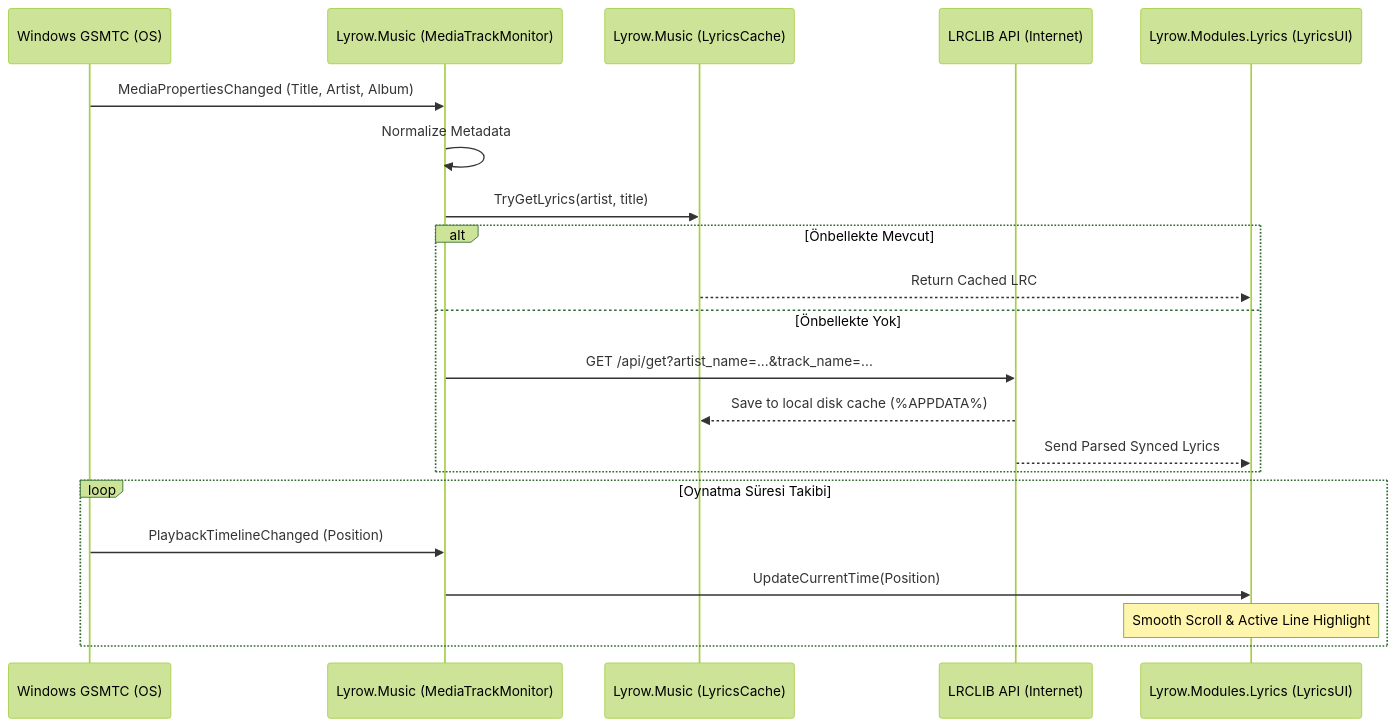
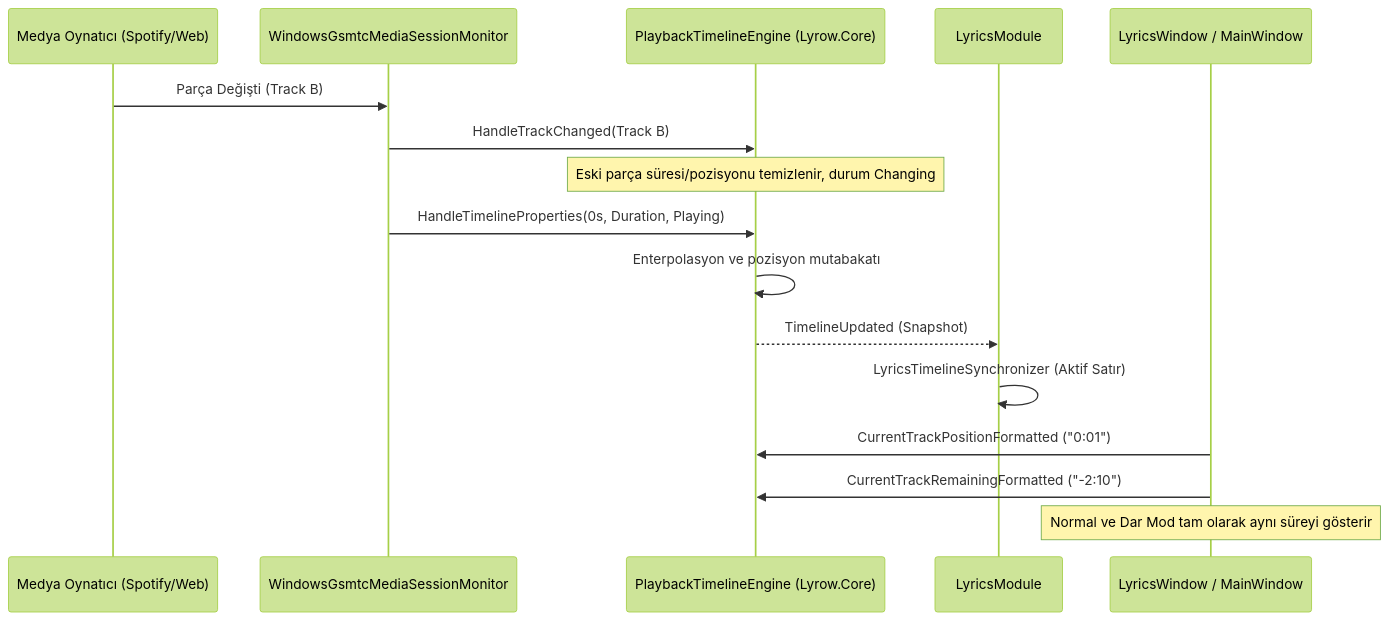
Before and after one commit to owergungor/Lyrow: the second of 2 diagrams in docs/ARCHITECTURE.md, drawn with Mermaid (forest theme). The commit also changed other lines of this file and 4 other files, not shown here.

````diff
--- a/docs/ARCHITECTURE.md
+++ b/docs/ARCHITECTURE.md
@@ -156,24 +86,19 @@
 ```mermaid
 sequenceDiagram
-    participant GSMTC as Windows GSMTC (OS)
-    participant Monitor as Lyrow.Music (MediaTrackMonitor)
-    participant Cache as Lyrow.Music (LyricsCache)
-    participant LRCLIB as LRCLIB API (Internet)
-    participant Lyrics as Lyrow.Modules.Lyrics (LyricsUI)
+    participant Player as Medya Oynatıcı (Spotify/Web)
+    participant Monitor as WindowsGsmtcMediaSessionMonitor
+    participant Engine as PlaybackTimelineEngine (Lyrow.Core)
+    participant Module as LyricsModule
+    participant UI as LyricsWindow / MainWindow
 
-    GSMTC->>Monitor: MediaPropertiesChanged (Title, Artist, Album)
-    Monitor->>Monitor: Normalize Metadata
-    Monitor->>Cache: TryGetLyrics(artist, title)
-    alt Önbellekte Mevcut
-        Cache-->>Lyrics: Return Cached LRC
-    else Önbellekte Yok
-        Monitor->>LRCLIB: GET /api/get?artist_name=...&track_name=...
-        LRCLIB-->>Cache: Save to local disk cache (%APPDATA%)
-        LRCLIB-->>Lyrics: Send Parsed Synced Lyrics
-    end
-    loop Oynatma Süresi Takibi
-        GSMTC->>Monitor: PlaybackTimelineChanged (Position)
-        Monitor->>Lyrics: UpdateCurrentTime(Position)
-        Note over Lyrics: Smooth Scroll & Active Line Highlight
-    end
+    Player->>Monitor: Parça Değişti (Track B)
+    Monitor->>Engine: HandleTrackChanged(Track B)
+    Note over Engine: Eski parça süresi/pozisyonu temizlenir, durum Changing
+    Monitor->>Engine: HandleTimelineProperties(0s, Duration, Playing)
+    Engine->>Engine: Enterpolasyon ve pozisyon mutabakatı
+    Engine-->>Module: TimelineUpdated (Snapshot)
+    Module->>Module: LyricsTimelineSynchronizer (Aktif Satır)
+    UI->>Engine: CurrentTrackPositionFormatted ("0:01")
+    UI->>Engine: CurrentTrackRemainingFormatted ("-2:10")
+    Note over UI: Normal ve Dar Mod tam olarak aynı süreyi gösterir
 ```
````
